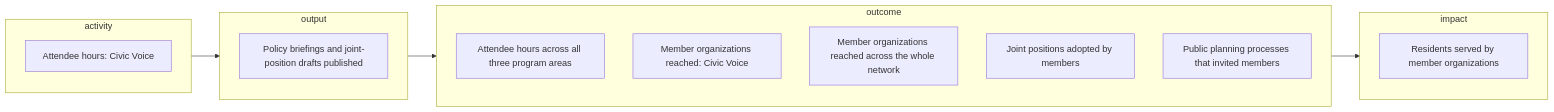
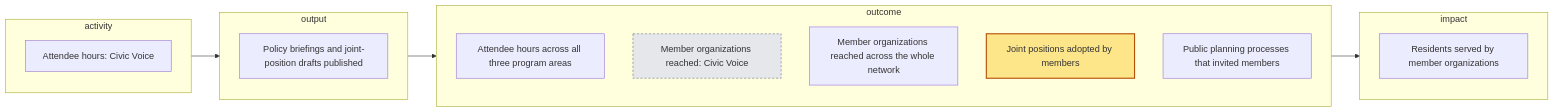
The third of 3 diagrams in pkg/report/testdata/metric-tree.md (ProductBuildersHQ/theoryofchange-spec), drawn with Mermaid before and after one commit. The commit also changed other lines of this file and 6 other files, not shown here.

````diff
--- a/pkg/report/testdata/metric-tree.md
+++ b/pkg/report/testdata/metric-tree.md
@@ -108,24 +115,26 @@
 ```mermaid
 flowchart LR
   subgraph tier_activity["activity"]
     i_ind_hours_civic["Attendee hours: Civic Voice"]
   end
   subgraph tier_output["output"]
     i_ind_briefings["Policy briefings and joint-position drafts published"]
   end
   tier_activity --> tier_output
   subgraph tier_outcome["outcome"]
     i_ind_hours_total["Attendee hours across all three program areas"]
     i_ind_reach_civic["Member organizations reached: Civic Voice"]
     i_ind_reach_network["Member organizations reached across the whole network"]
     i_ind_joint_positions["Joint positions adopted by members"]
     i_ind_officials_meetings["Public planning processes that invited members"]
   end
   tier_output --> tier_outcome
   subgraph tier_impact["impact"]
     i_ind_residents_served["Residents served by member organizations"]
   end
   tier_outcome --> tier_impact
   classDef northstar fill:#fde68a,stroke:#b45309,stroke-width:2px
   classDef guardrail fill:#e5e7eb,stroke:#6b7280,stroke-dasharray:4 3
+  class i_ind_joint_positions northstar
+  class i_ind_reach_civic guardrail
 ```
````
